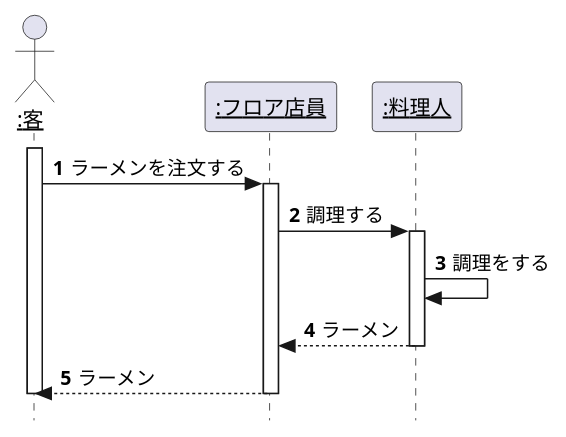
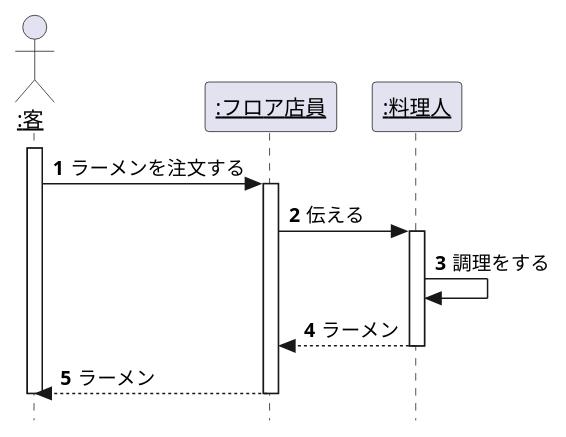
One commit to tanumahikaru/uml-into changed the diagram in 演習4-1_SD_ラーメン屋さんでの注文.pu. Above: the diagram before and after it, drawn with PlantUML.

Commit message:
直した4-1

```diff
--- a/演習4-1_SD_ラーメン屋さんでの注文.pu
+++ b/演習4-1_SD_ラーメン屋さんでの注文.pu
@@ -1,22 +1,22 @@
 @startuml 演習4-1
 hide footbox
 autonumber
 ' 厳密なUMLに準拠する
 skinparam style strictuml
 actor "<u>:客</u>" as cumstmer
 participant "<u>:フロア店員</u>" as clerk
 participant "<u>:料理人</u>" as cook
 
 activate cumstmer
     cumstmer -> clerk: ラーメンを注文する
     activate clerk
-        clerk -> cook: 調理する
+        clerk -> cook: 伝える
         activate cook
         cook -> cook: 調理をする
          clerk <-- cook: ラーメン
         deactivate cook
             cumstmer <-- clerk: ラーメン
     deactivate clerk
 deactivate cumstmer
 
 @enduml
```
